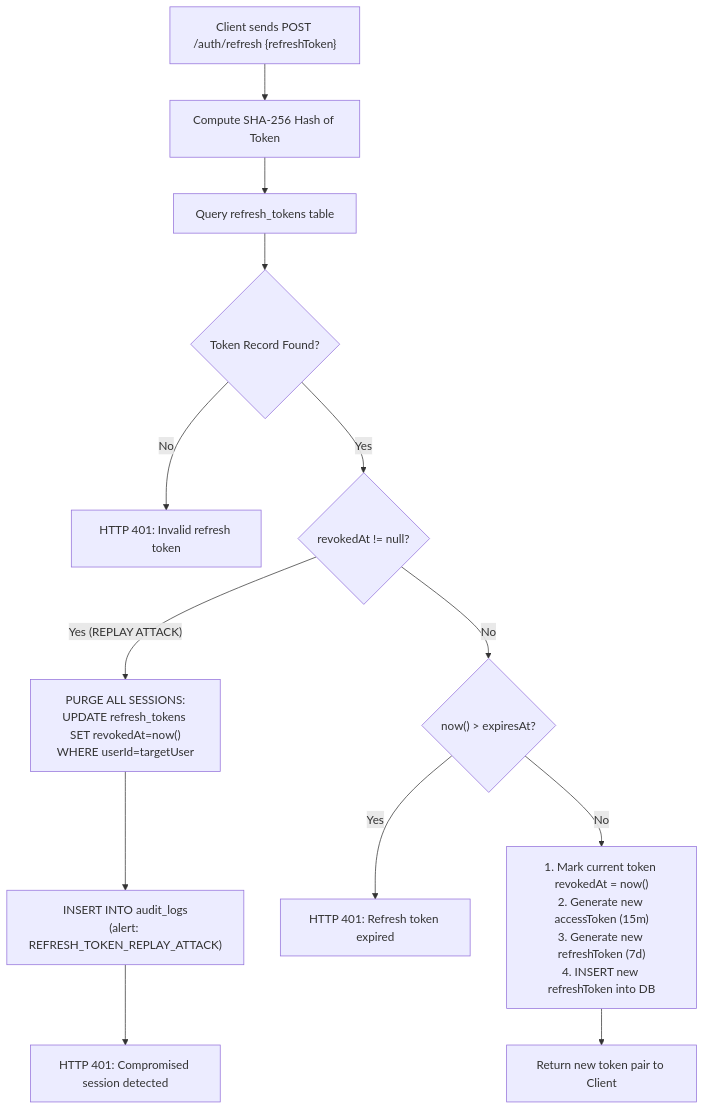
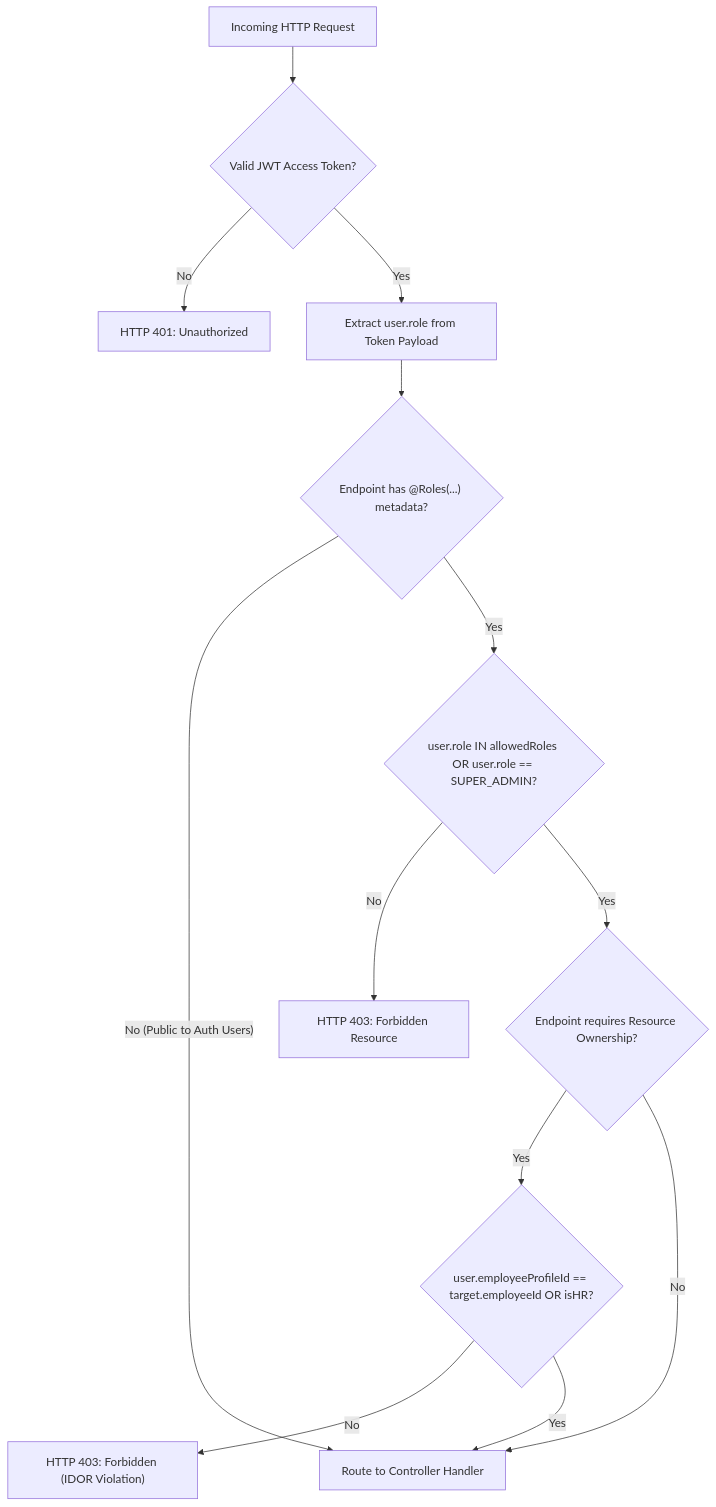
The fifth of 10 diagrams in backend/docs/SYSTEM_ARCHITECTURE.md (IbrahimElshishtawy/Employee_jops), drawn with Mermaid before and after one commit. The commit also changed other lines of this file, not shown here.

Commit message:
docs: finalize complete architecture blueprint and visual system map

````diff
--- a/backend/docs/SYSTEM_ARCHITECTURE.md
+++ b/backend/docs/SYSTEM_ARCHITECTURE.md
@@ -165,19 +193,19 @@
 ```mermaid
 flowchart TD
-    RefreshReq["Client sends POST /auth/refresh {refreshToken}"] --> HashToken["Compute SHA-256 Hash of Token"]
-    HashToken --> LookupDB["Query refresh_tokens table"]
+    Req["Incoming HTTP Request"] --> JWTPass{"Valid JWT Access Token?"}
+    JWTPass -- No --> Err401["HTTP 401: Unauthorized"]
     
-    LookupDB --> CheckExists{"Token Record Found?"}
-    CheckExists -- No --> Err401["HTTP 401: Invalid refresh token"]
+    JWTPass -- Yes --> ExtractRole["Extract user.role from Token Payload"]
+    ExtractRole --> CheckRolesDecorator{"Endpoint has @Roles(...) metadata?"}
     
-    CheckExists -- Yes --> CheckRevoked{"revokedAt != null?"}
-    CheckRevoked -- Yes (REPLAY ATTACK) --> PurgeAll["PURGE ALL SESSIONS:\nUPDATE refresh_tokens SET revokedAt=now()\nWHERE userId=targetUser"]
-    PurgeAll --> LogSecurityAudit["INSERT INTO audit_logs\n(alert: REFRESH_TOKEN_REPLAY_ATTACK)"]
-    LogSecurityAudit --> ThrowSecurityErr["HTTP 401: Compromised session detected"]
+    CheckRolesDecorator -- No (Public to Auth Users) --> RouteController["Route to Controller Handler"]
     
-    CheckRevoked -- No --> CheckExpired{"now() > expiresAt?"}
-    CheckExpired -- Yes --> ThrowExpired["HTTP 401: Refresh token expired"]
+    CheckRolesDecorator -- Yes --> RoleMatch{"user.role IN allowedRoles OR user.role == SUPER_ADMIN?"}
+    RoleMatch -- No --> Err403["HTTP 403: Forbidden Resource"]
+    RoleMatch -- Yes --> CheckOwnership{"Endpoint requires Resource Ownership?"}
     
-    CheckExpired -- No --> RotateToken["1. Mark current token revokedAt = now()\n2. Generate new accessToken (15m)\n3. Generate new refreshToken (7d)\n4. INSERT new refreshToken into DB"]
-    RotateToken --> ReturnTokens["Return new token pair to Client"]
+    CheckOwnership -- Yes --> VerifyOwnership{"user.employeeProfileId == target.employeeId OR isHR?"}
+    VerifyOwnership -- No --> Err403IDOR["HTTP 403: Forbidden (IDOR Violation)"]
+    VerifyOwnership -- Yes --> RouteController
+    CheckOwnership -- No --> RouteController
 ```
````
